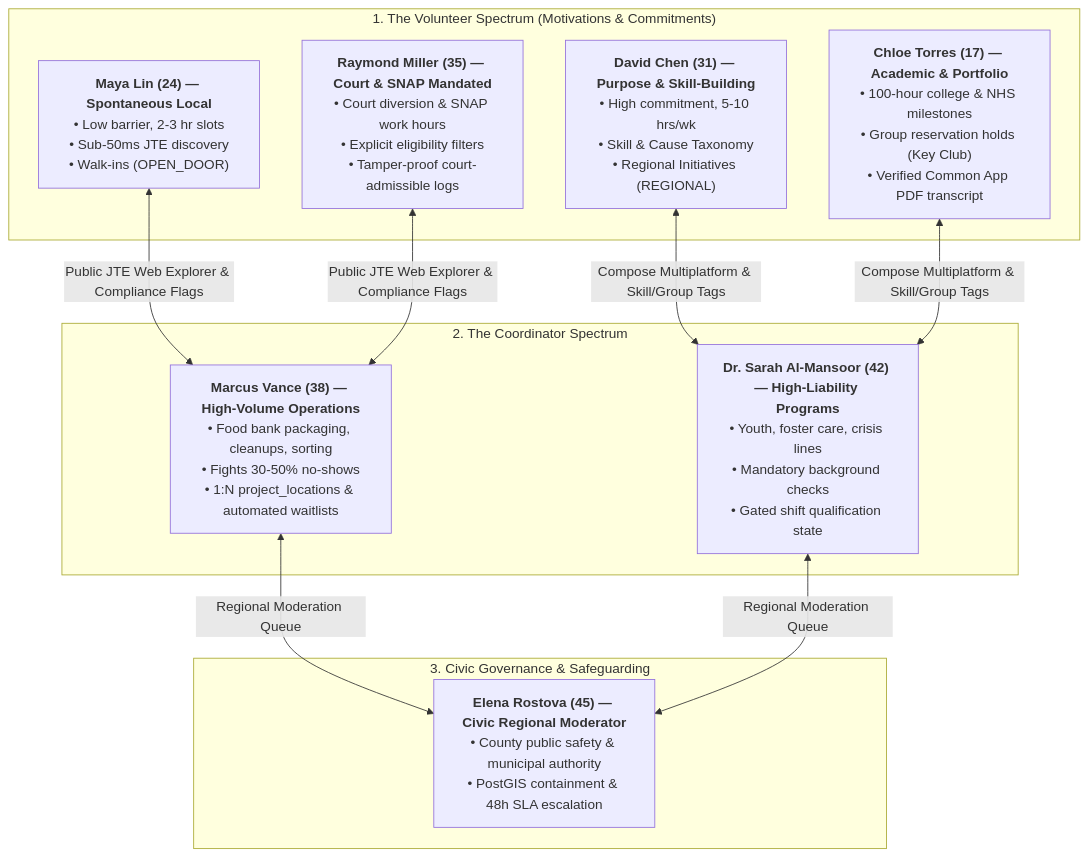
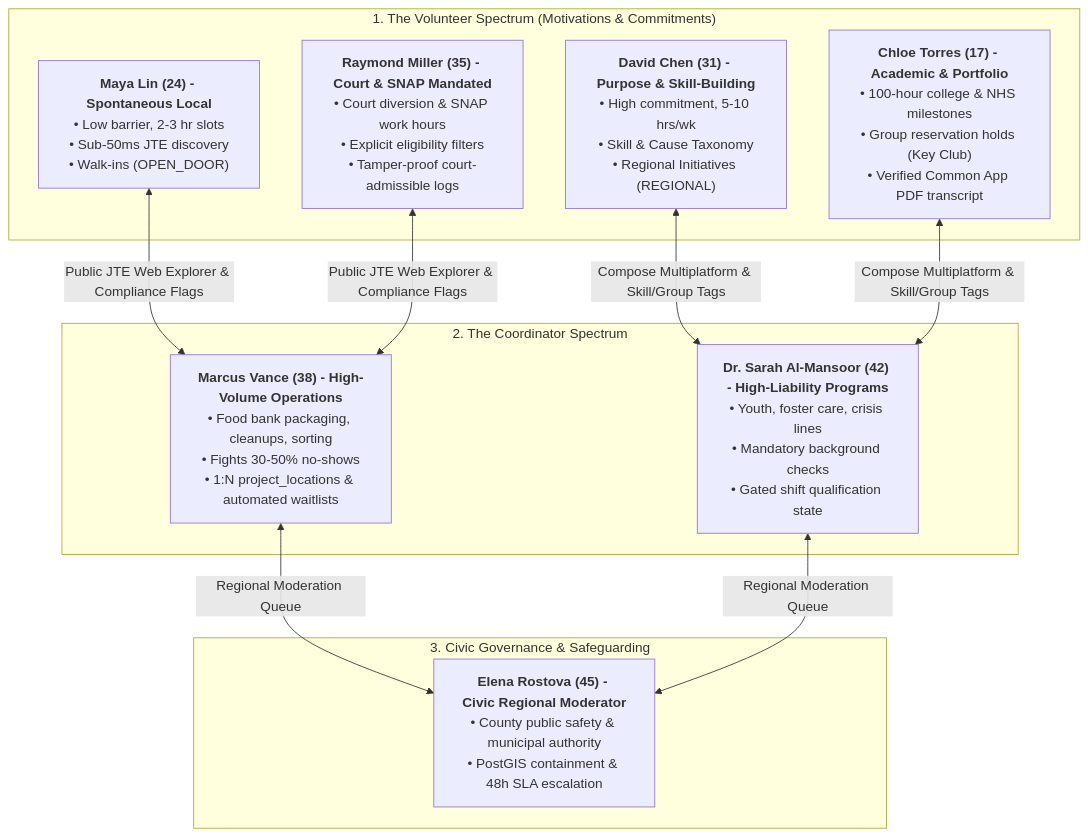
One commit to pbu-projects/Kaiju changed the diagram in docs/human-strategy-personas.md. Above: the diagram before and after it, drawn with Mermaid. The commit also changed other lines of this file and 9 other files, not shown here.

````diff
--- a/docs/human-strategy-personas.md
+++ b/docs/human-strategy-personas.md
@@ -31,22 +31,22 @@
 ```mermaid
 graph TD
     subgraph "1. The Volunteer Spectrum (Motivations & Commitments)"
-        V1["<b>Maya Lin (24) — Spontaneous Local</b><br/>• Low barrier, 2-3 hr slots<br/>• Sub-50ms JTE discovery<br/>• Walk-ins (OPEN_DOOR)"]
-        V2["<b>David Chen (31) — Purpose & Skill-Building</b><br/>• High commitment, 5-10 hrs/wk<br/>• Skill & Cause Taxonomy<br/>• Regional Initiatives (REGIONAL)"]
-        V3["<b>Chloe Torres (17) — Academic & Portfolio</b><br/>• 100-hour college & NHS milestones<br/>• Group reservation holds (Key Club)<br/>• Verified Common App PDF transcript"]
-        V4["<b>Raymond Miller (35) — Court & SNAP Mandated</b><br/>• Court diversion & SNAP work hours<br/>• Explicit eligibility filters<br/>• Tamper-proof court-admissible logs"]
+        V1["<b>Maya Lin (24) - Spontaneous Local</b><br/>• Low barrier, 2-3 hr slots<br/>• Sub-50ms JTE discovery<br/>• Walk-ins (OPEN_DOOR)"]
+        V2["<b>David Chen (31) - Purpose & Skill-Building</b><br/>• High commitment, 5-10 hrs/wk<br/>• Skill & Cause Taxonomy<br/>• Regional Initiatives (REGIONAL)"]
+        V3["<b>Chloe Torres (17) - Academic & Portfolio</b><br/>• 100-hour college & NHS milestones<br/>• Group reservation holds (Key Club)<br/>• Verified Common App PDF transcript"]
+        V4["<b>Raymond Miller (35) - Court & SNAP Mandated</b><br/>• Court diversion & SNAP work hours<br/>• Explicit eligibility filters<br/>• Tamper-proof court-admissible logs"]
     end
 
     subgraph "2. The Coordinator Spectrum"
-        C1["<b>Marcus Vance (38) — High-Volume Operations</b><br/>• Food bank packaging, cleanups, sorting<br/>• Fights 30-50% no-shows<br/>• 1:N project_locations & automated waitlists"]
-        C2["<b>Dr. Sarah Al-Mansoor (42) — High-Liability Programs</b><br/>• Youth, foster care, crisis lines<br/>• Mandatory background checks<br/>• Gated shift qualification state"]
+        C1["<b>Marcus Vance (38) - High-Volume Operations</b><br/>• Food bank packaging, cleanups, sorting<br/>• Fights 30-50% no-shows<br/>• 1:N project_locations & automated waitlists"]
+        C2["<b>Dr. Sarah Al-Mansoor (42) - High-Liability Programs</b><br/>• Youth, foster care, crisis lines<br/>• Mandatory background checks<br/>• Gated shift qualification state"]
     end
 
     subgraph "3. Civic Governance & Safeguarding"
-        G1["<b>Elena Rostova (45) — Civic Regional Moderator</b><br/>• County public safety & municipal authority<br/>• PostGIS containment & 48h SLA escalation"]
+        G1["<b>Elena Rostova (45) - Civic Regional Moderator</b><br/>• County public safety & municipal authority<br/>• PostGIS containment & 48h SLA escalation"]
     end
 
     V1 & V4 <-->|Public JTE Web Explorer & Compliance Flags| C1
     V2 & V3 <-->|Compose Multiplatform & Skill/Group Tags| C2
     C1 & C2 <-->|Regional Moderation Queue| G1
 ```
````
